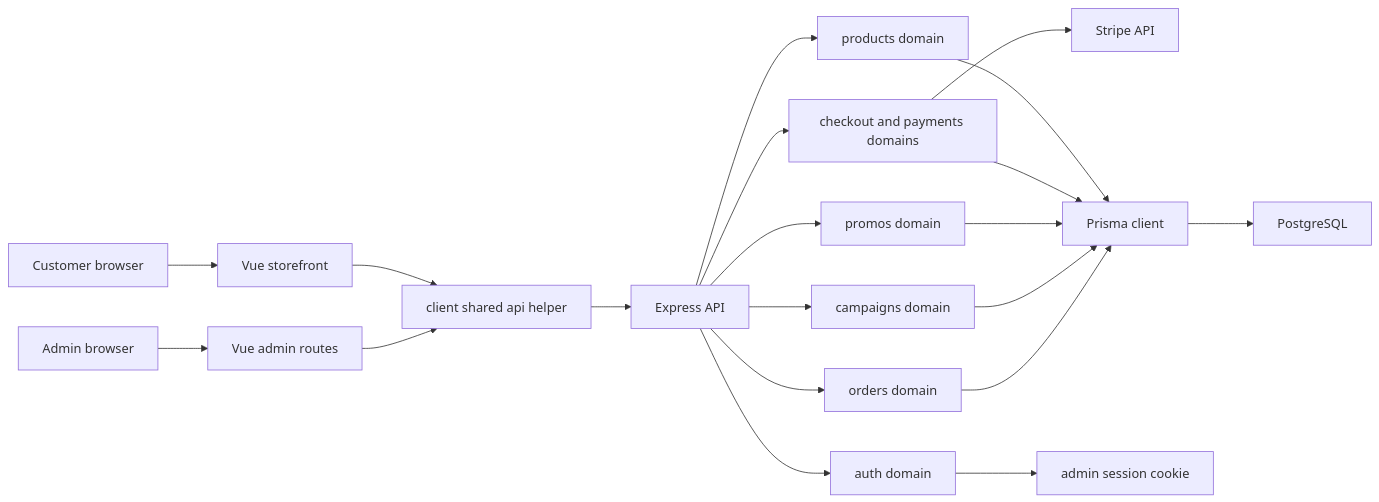
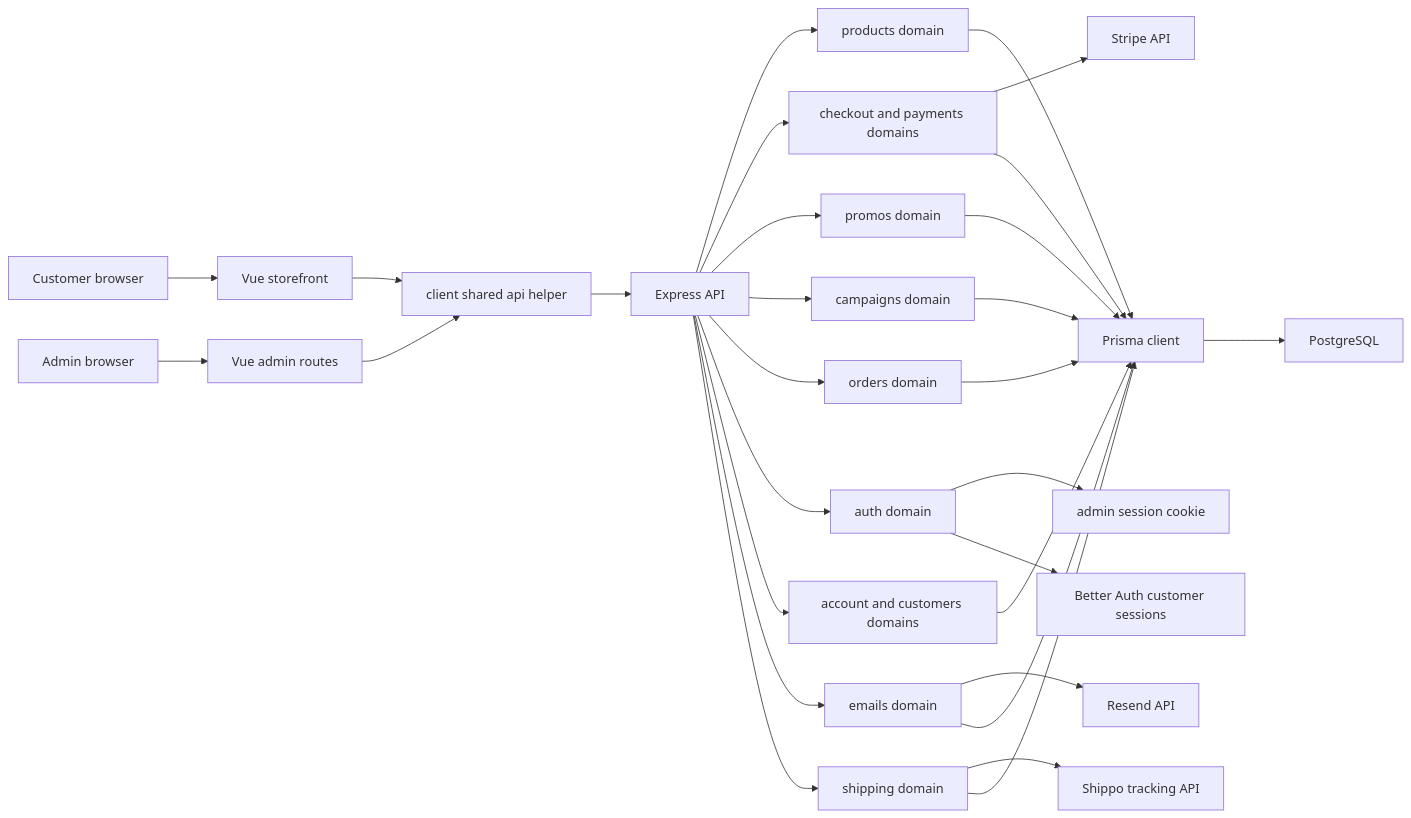
One commit to alvarezaaronAI/doggy-ent changed the diagram in doggy_ent_vue/docs/architecture/diagram.md. Above: the diagram before and after it, drawn with Mermaid. The commit also changed other lines of this file and 73 other files, not shown here.

Commit message:
Refine checkout and admin flows

````diff
--- a/doggy_ent_vue/docs/architecture/diagram.md
+++ b/doggy_ent_vue/docs/architecture/diagram.md
@@ -7,25 +7,34 @@
 ```mermaid
 flowchart LR
   Customer["Customer browser"] --> Storefront["Vue storefront"]
   Admin["Admin browser"] --> AdminApp["Vue admin routes"]
 
   Storefront --> SharedHttp["client shared api helper"]
   AdminApp --> SharedHttp
   SharedHttp --> Api["Express API"]
 
   Api --> ProductDomain["products domain"]
   Api --> CheckoutDomain["checkout and payments domains"]
   Api --> PromoDomain["promos domain"]
   Api --> CampaignDomain["campaigns domain"]
   Api --> OrderDomain["orders domain"]
   Api --> AuthDomain["auth domain"]
+  Api --> AccountDomain["account and customers domains"]
+  Api --> EmailDomain["emails domain"]
+  Api --> ShippingDomain["shipping domain"]
 
   CheckoutDomain --> Stripe["Stripe API"]
+  EmailDomain --> Resend["Resend API"]
+  ShippingDomain --> Shippo["Shippo tracking API"]
   ProductDomain --> Prisma["Prisma client"]
   CheckoutDomain --> Prisma
   PromoDomain --> Prisma
   CampaignDomain --> Prisma
   OrderDomain --> Prisma
+  AccountDomain --> Prisma
+  EmailDomain --> Prisma
+  ShippingDomain --> Prisma
   AuthDomain --> SessionCookie["admin session cookie"]
+  AuthDomain --> BetterAuth["Better Auth customer sessions"]
   Prisma --> Postgres["PostgreSQL"]
 ```
````
